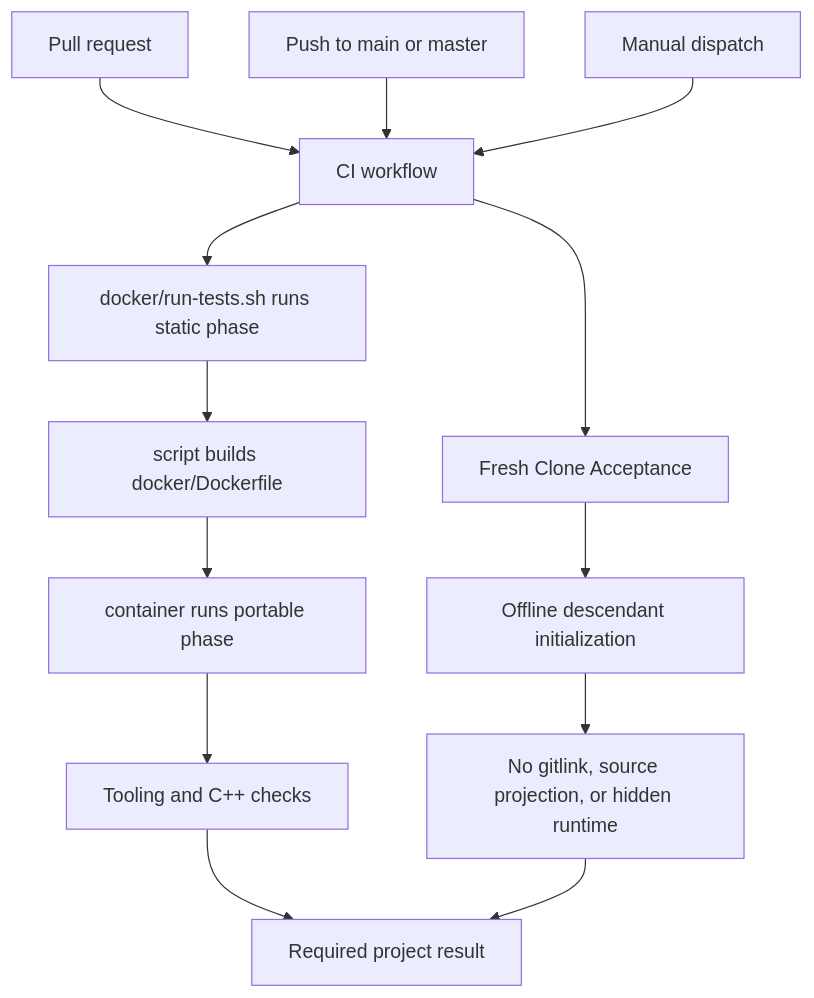
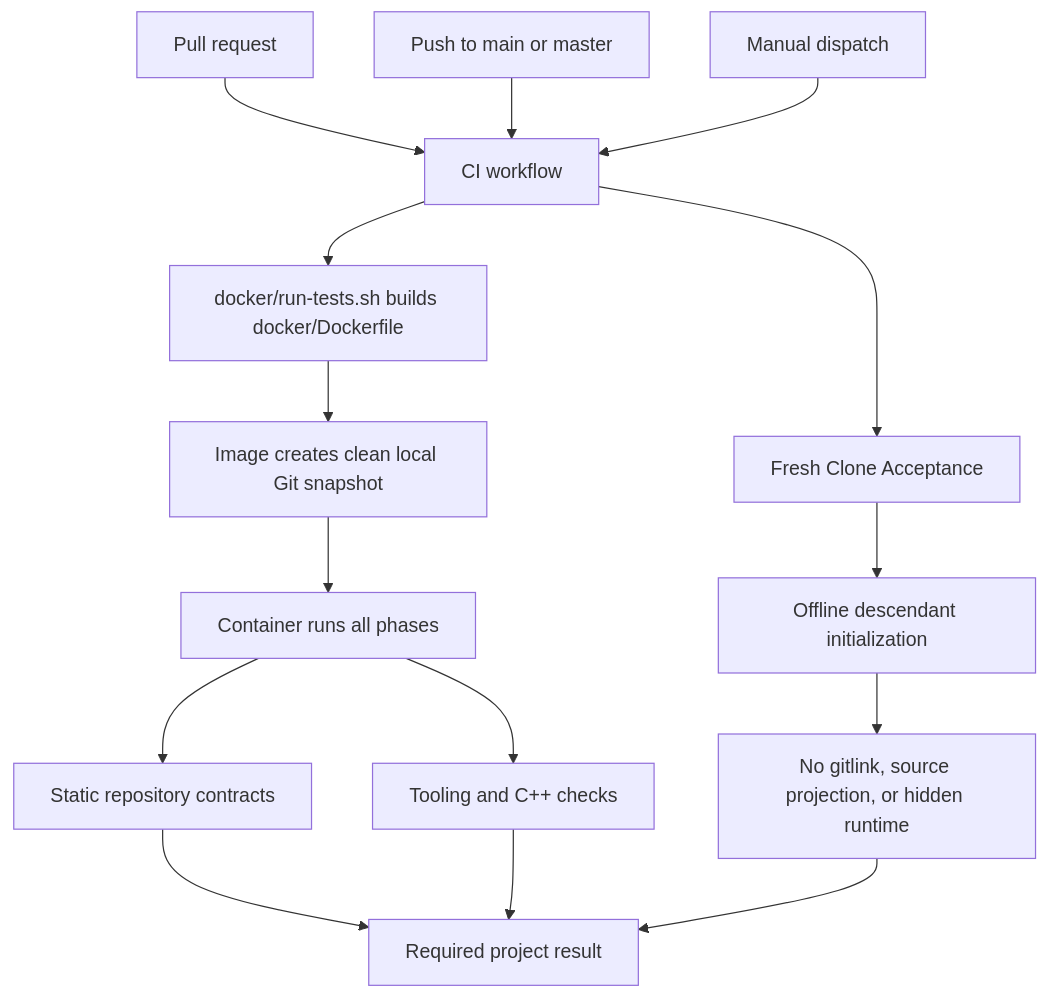
One commit to iwashita-nozomu/project_template changed the diagram in documents/design/github-actions.md. Above: the diagram before and after it, drawn with Mermaid. The commit also changed other lines of this file and 7 other files, not shown here.

````diff
--- a/documents/design/github-actions.md
+++ b/documents/design/github-actions.md
@@ -24,15 +24,17 @@
 ```mermaid
 flowchart TD
   pr[Pull request] --> ci[CI workflow]
   push[Push to main or master] --> ci
   manual[Manual dispatch] --> ci
-  ci --> static[docker/run-tests.sh runs static phase]
-  static --> build[script builds docker/Dockerfile]
-  build --> run[container runs portable phase]
-  run --> checks[Tooling and C++ checks]
+  ci --> build[docker/run-tests.sh builds docker/Dockerfile]
+  build --> snapshot[Image creates clean local Git snapshot]
+  snapshot --> run[Container runs all phases]
+  run --> static[Static repository contracts]
+  run --> portable[Tooling and C++ checks]
   ci --> fresh[Fresh Clone Acceptance]
   fresh --> init[Offline descendant initialization]
   init --> boundary[No gitlink, source projection, or hidden runtime]
-  checks --> result[Required project result]
+  static --> result[Required project result]
+  portable --> result
   boundary --> result
 ```
````
